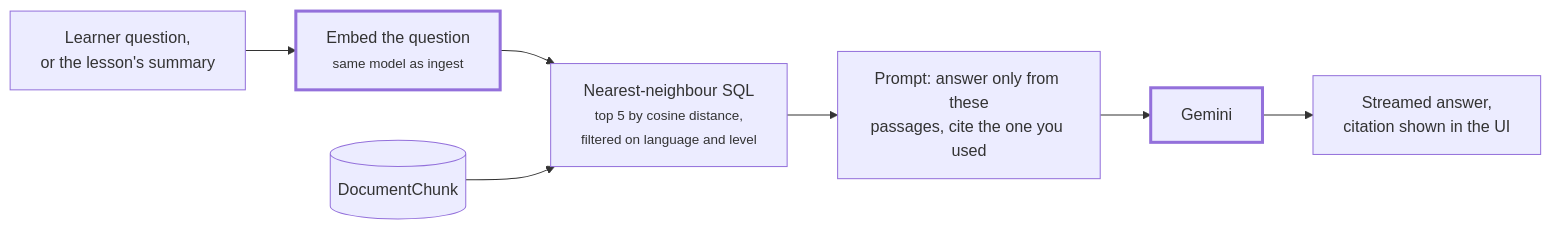
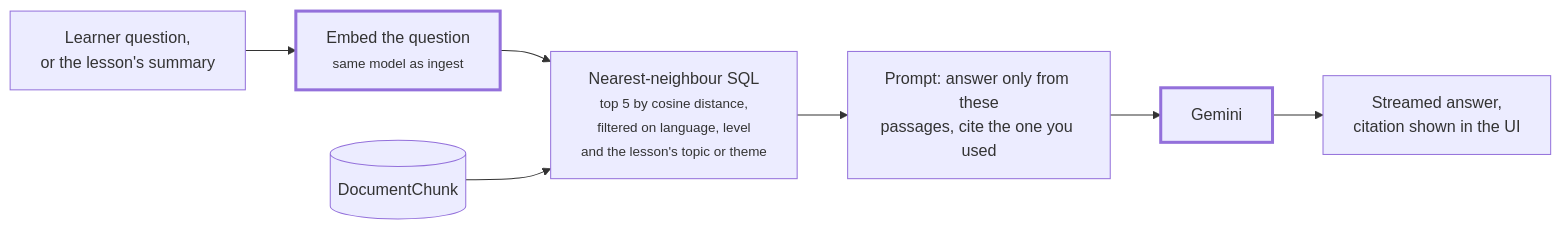
The third of 5 diagrams in docs/PRODUCT_ARCHITECTURE.md (VictorBro/ft_transcendence), drawn with Mermaid before and after one commit. The commit also changed other lines of this file, not shown here.

````diff
--- a/docs/PRODUCT_ARCHITECTURE.md
+++ b/docs/PRODUCT_ARCHITECTURE.md
@@ -539,12 +544,12 @@
 ```mermaid
 flowchart LR
     q["Learner question,<br/>or the lesson's summary"] --> qe["Embed the question<br/><small>same model as ingest</small>"]
-    qe --> nn["Nearest-neighbour SQL<br/><small>top 5 by cosine distance,<br/>filtered on language and level</small>"]
+    qe --> nn["Nearest-neighbour SQL<br/><small>top 5 by cosine distance,<br/>filtered on language, level<br/>and the lesson's topic or theme</small>"]
     store[("DocumentChunk")] --> nn
     nn --> prompt["Prompt: answer only from these<br/>passages, cite the one you used"]
     prompt --> model["Gemini"]
     model --> ui["Streamed answer,<br/>citation shown in the UI"]
 
     classDef llm stroke-width:3px
     class qe,model llm
 ```
````
